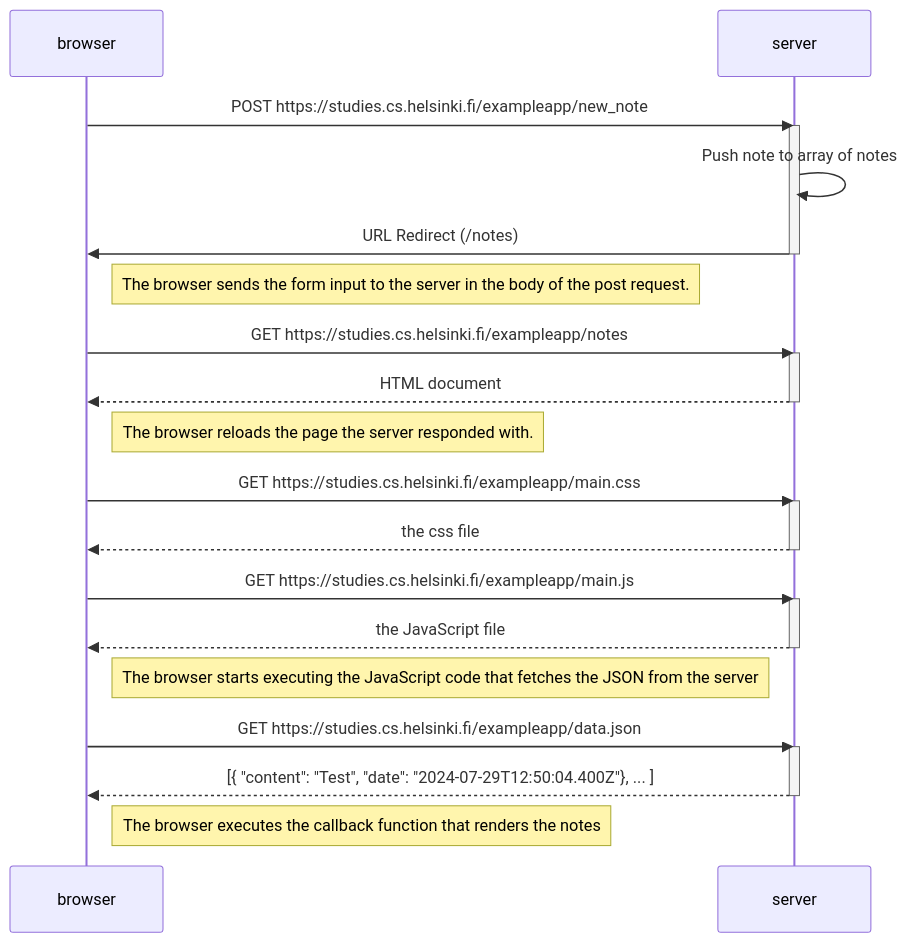
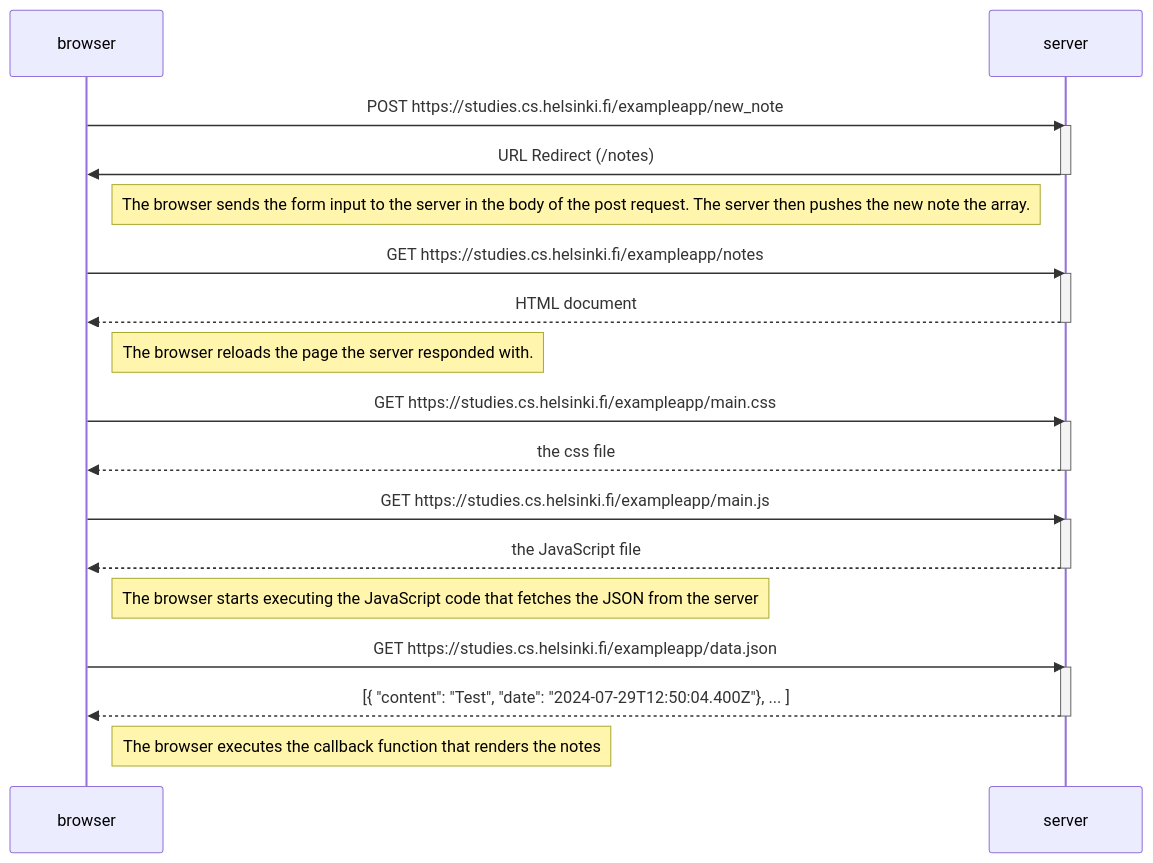
Before and after one commit to jsomdev/fullstackopen: the diagram in part0/new-note-diagram.md, drawn with Mermaid.

Commit message:
Used comment to describe server action

````diff
--- a/part0/new-note-diagram.md
+++ b/part0/new-note-diagram.md
@@ -3,39 +3,38 @@
 ```mermaid
 sequenceDiagram
 	participant browser
 	participant server
 	
 	browser->>server: POST https://studies.cs.helsinki.fi/exampleapp/new_note
 	activate server
-	server->>server:  Push note to array of notes
 	server->>browser: URL Redirect (/notes)
 	deactivate server
 	
-	Note right of browser: The browser sends the form input to the server in the body of the post request.
+	Note right of browser: The browser sends the form input to the server in the body of the post request. The server then pushes the new note the array.
 	
     browser->>server: GET https://studies.cs.helsinki.fi/exampleapp/notes
     activate server
     server-->>browser: HTML document
     deactivate server
     
     Note right of browser: The browser reloads the page the server responded with.
 
     browser->>server: GET https://studies.cs.helsinki.fi/exampleapp/main.css
     activate server
     server-->>browser: the css file
     deactivate server
 
     browser->>server: GET https://studies.cs.helsinki.fi/exampleapp/main.js
     activate server
     server-->>browser: the JavaScript file
     deactivate server
 
     Note right of browser: The browser starts executing the JavaScript code that fetches the JSON from the server
 
     browser->>server: GET https://studies.cs.helsinki.fi/exampleapp/data.json
     activate server
     server-->>browser: [{ "content": "Test", "date": "2024-07-29T12:50:04.400Z"}, ... ]
     deactivate server
 
     Note right of browser: The browser executes the callback function that renders the notes	
 ```
````
